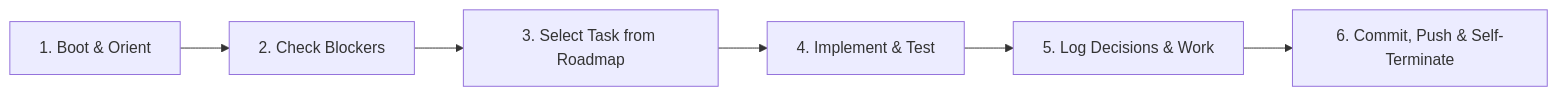
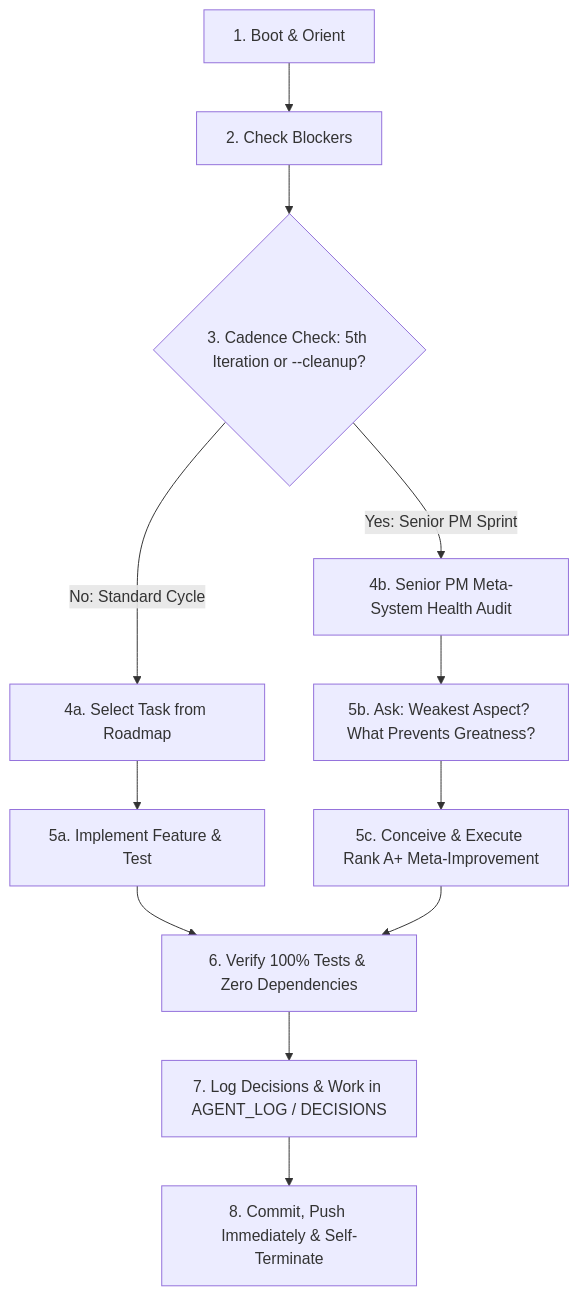
The diagram in AGENTS.md (mrmarkwell/bible), drawn with Mermaid before and after one commit. The commit also changed other lines of this file and 7 other files, not shown here.

Commit message:
feat(harness): implement Senior Product Manager cleanup sprint cadence (ADR-015)

````diff
--- a/AGENTS.md
+++ b/AGENTS.md
@@ -49,8 +52,17 @@
 ```mermaid
-flowchart LR
+flowchart TD
     A[1. Boot & Orient] --> B[2. Check Blockers]
-    B --> C[3. Select Task from Roadmap]
-    C --> D[4. Implement & Test]
-    D --> E[5. Log Decisions & Work]
-    E --> F[6. Commit, Push & Self-Terminate]
+    B --> C{3. Cadence Check: 5th Iteration or --cleanup?}
+    
+    C -- No: Standard Cycle --> D[4a. Select Task from Roadmap]
+    D --> E[5a. Implement Feature & Test]
+    
+    C -- Yes: Senior PM Sprint --> F[4b. Senior PM Meta-System Health Audit]
+    F --> G["5b. Ask: Weakest Aspect? What Prevents Greatness?"]
+    G --> H[5c. Conceive & Execute Rank A+ Meta-Improvement]
+    
+    E --> I[6. Verify 100% Tests & Zero Dependencies]
+    H --> I
+    I --> J[7. Log Decisions & Work in AGENT_LOG / DECISIONS]
+    J --> K[8. Commit, Push Immediately & Self-Terminate]
 ```
````
